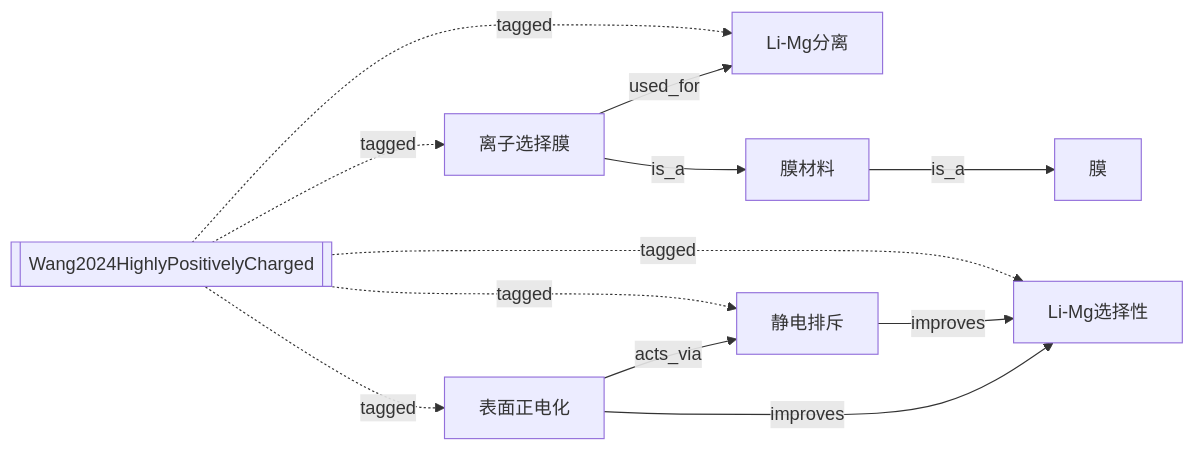
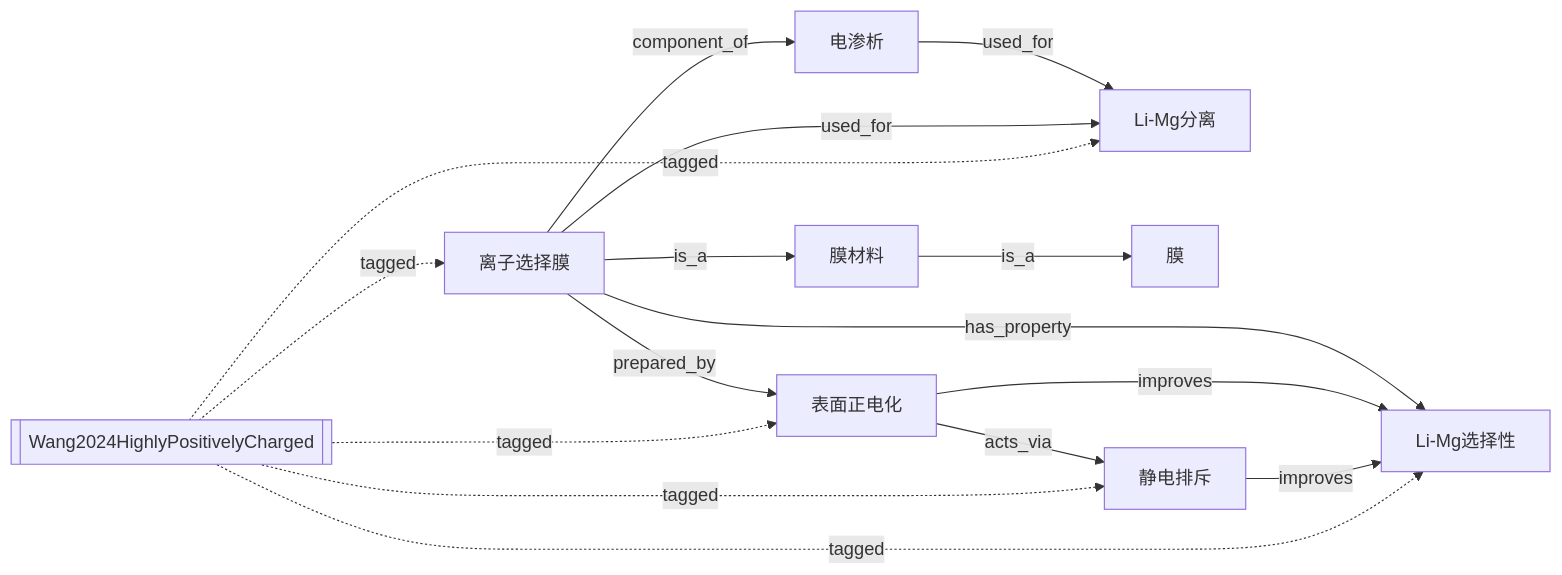
One commit to Cynthia5810/research-knowledge-tree changed the diagram in 03_Knowledge_Tree/mvp_knowledge_graph.md. Above: the diagram before and after it, drawn with Mermaid. The commit also changed 9 other files, not shown here.

````diff
--- a/03_Knowledge_Tree/mvp_knowledge_graph.md
+++ b/03_Knowledge_Tree/mvp_knowledge_graph.md
@@ -5,22 +5,27 @@
 ```mermaid
 flowchart LR
   concept-05414060b73bbbcf["Li-Mg分离"]
   concept-85a95296490a1ae7["Li-Mg选择性"]
+  concept-5612d81de4250bac["电渗析"]
   concept-f4bb832fba83254f["离子选择膜"]
   concept-bcea1c87f145b817["膜"]
   concept-ce8ce09c94edcb22["膜材料"]
   concept-54c9d69e4ab86043["表面正电化"]
   concept-ba430b1c39f61cfb["静电排斥"]
   paper-37974a325a0b07d7[["Wang2024HighlyPositivelyCharged"]]
+  concept-5612d81de4250bac -->|"used_for"| concept-05414060b73bbbcf
   concept-f4bb832fba83254f -->|"is_a"| concept-ce8ce09c94edcb22
   concept-f4bb832fba83254f -->|"used_for"| concept-05414060b73bbbcf
+  concept-f4bb832fba83254f -->|"component_of"| concept-5612d81de4250bac
+  concept-f4bb832fba83254f -->|"prepared_by"| concept-54c9d69e4ab86043
+  concept-f4bb832fba83254f -->|"has_property"| concept-85a95296490a1ae7
   concept-ce8ce09c94edcb22 -->|"is_a"| concept-bcea1c87f145b817
   concept-54c9d69e4ab86043 -->|"acts_via"| concept-ba430b1c39f61cfb
   concept-54c9d69e4ab86043 -->|"improves"| concept-85a95296490a1ae7
   concept-ba430b1c39f61cfb -->|"improves"| concept-85a95296490a1ae7
   paper-37974a325a0b07d7 -.->|"tagged"| concept-f4bb832fba83254f
   paper-37974a325a0b07d7 -.->|"tagged"| concept-05414060b73bbbcf
   paper-37974a325a0b07d7 -.->|"tagged"| concept-54c9d69e4ab86043
   paper-37974a325a0b07d7 -.->|"tagged"| concept-ba430b1c39f61cfb
   paper-37974a325a0b07d7 -.->|"tagged"| concept-85a95296490a1ae7
 ```
````
